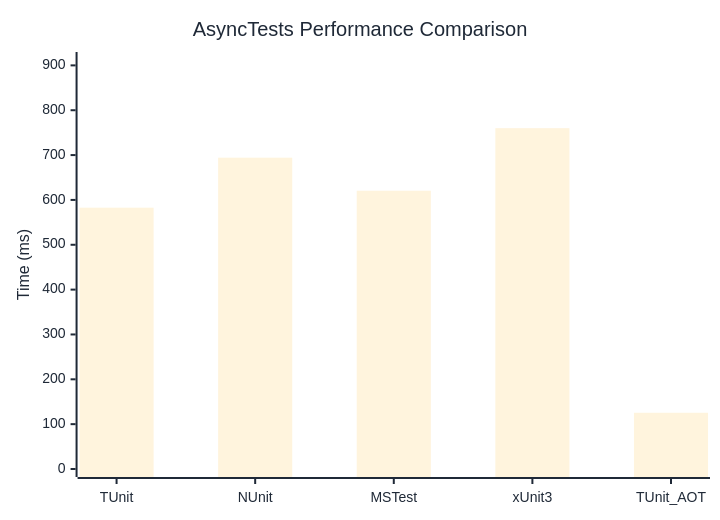
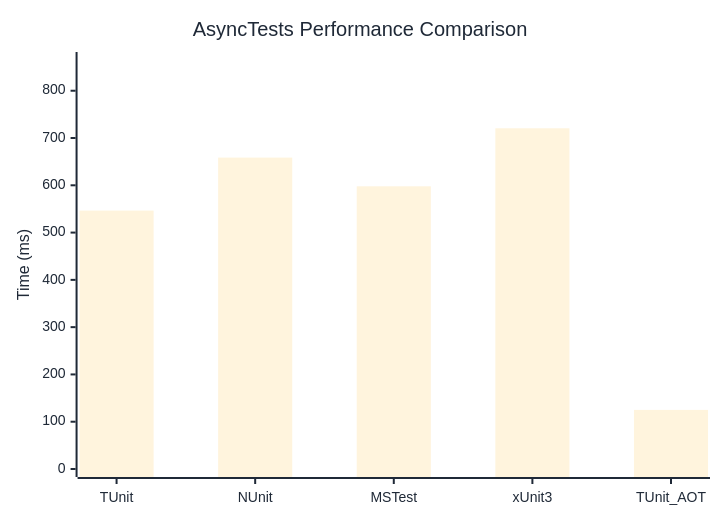
The diagram in docs/docs/benchmarks/AsyncTests.md (thomhurst/TUnit), drawn with Mermaid before and after one commit. The commit also changed other lines of this file and 17 other files, not shown here.

````diff
--- a/docs/docs/benchmarks/AsyncTests.md
+++ b/docs/docs/benchmarks/AsyncTests.md
@@ -27,37 +27,37 @@
 ```mermaid
 %%{init: {
   'theme':'base',
   'themeVariables': {
     'primaryColor': '#2563eb',
     'primaryTextColor': '#1f2937',
     'primaryBorderColor': '#1e40af',
     'lineColor': '#6b7280',
     'secondaryColor': '#7c3aed',
     'tertiaryColor': '#dc2626',
     'background': '#ffffff',
     'mainBkg': '#2563eb',
     'secondBkg': '#7c3aed',
     'tertiaryBkg': '#dc2626',
     'clusterBkg': '#f3f4f6',
     'edgeLabelBackground': '#ffffff',
     'tertiaryTextColor': '#1f2937',
     'pie1': '#2563eb',
     'pie2': '#7c3aed',
     'pie3': '#dc2626',
     'pie4': '#f59e0b',
     'pie5': '#10b981',
     'pie6': '#06b6d4',
     'pie7': '#ec4899',
     'pie8': '#6366f1',
     'pie9': '#84cc16',
     'pie10': '#f97316',
     'pie11': '#14b8a6',
     'pie12': '#a855f7'
   }
 }}%%
 xychart-beta
   title "AsyncTests Performance Comparison"
   x-axis ["TUnit", "NUnit", "MSTest", "xUnit3", "TUnit_AOT"]
-  y-axis "Time (ms)" 0 --> 912
-  bar [582.7, 694.2, 620.5, 760, 125.4]
+  y-axis "Time (ms)" 0 --> 865
+  bar [546.5, 658.6, 597.9, 720.6, 125]
 ```
````
